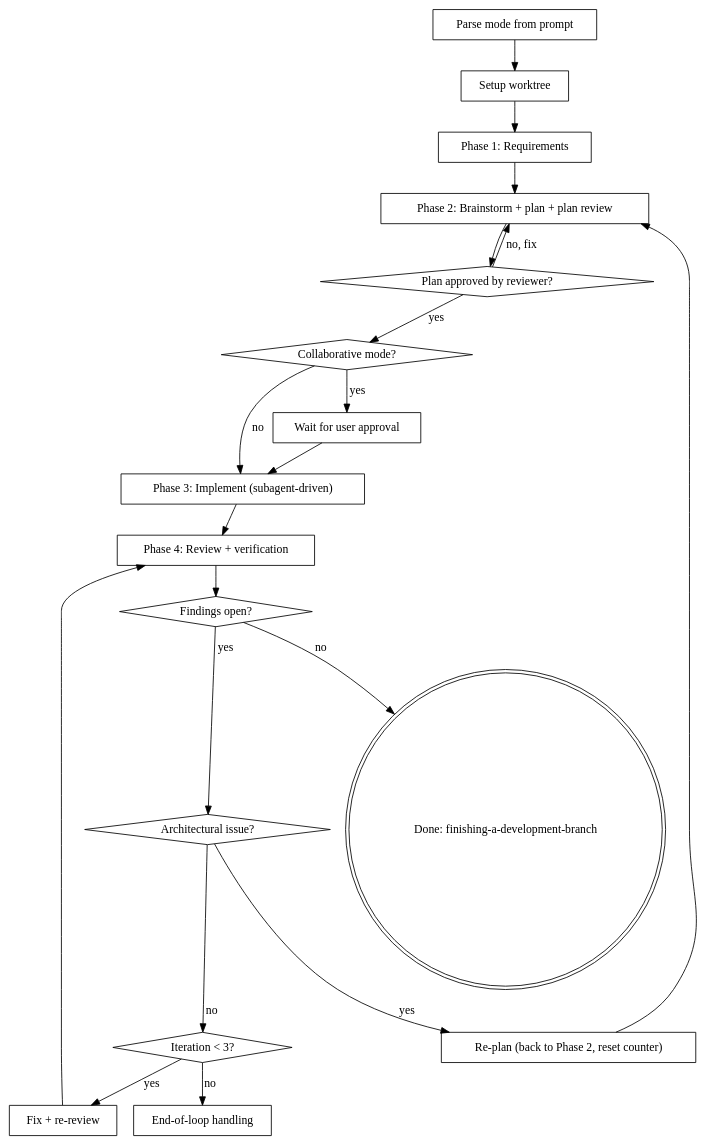
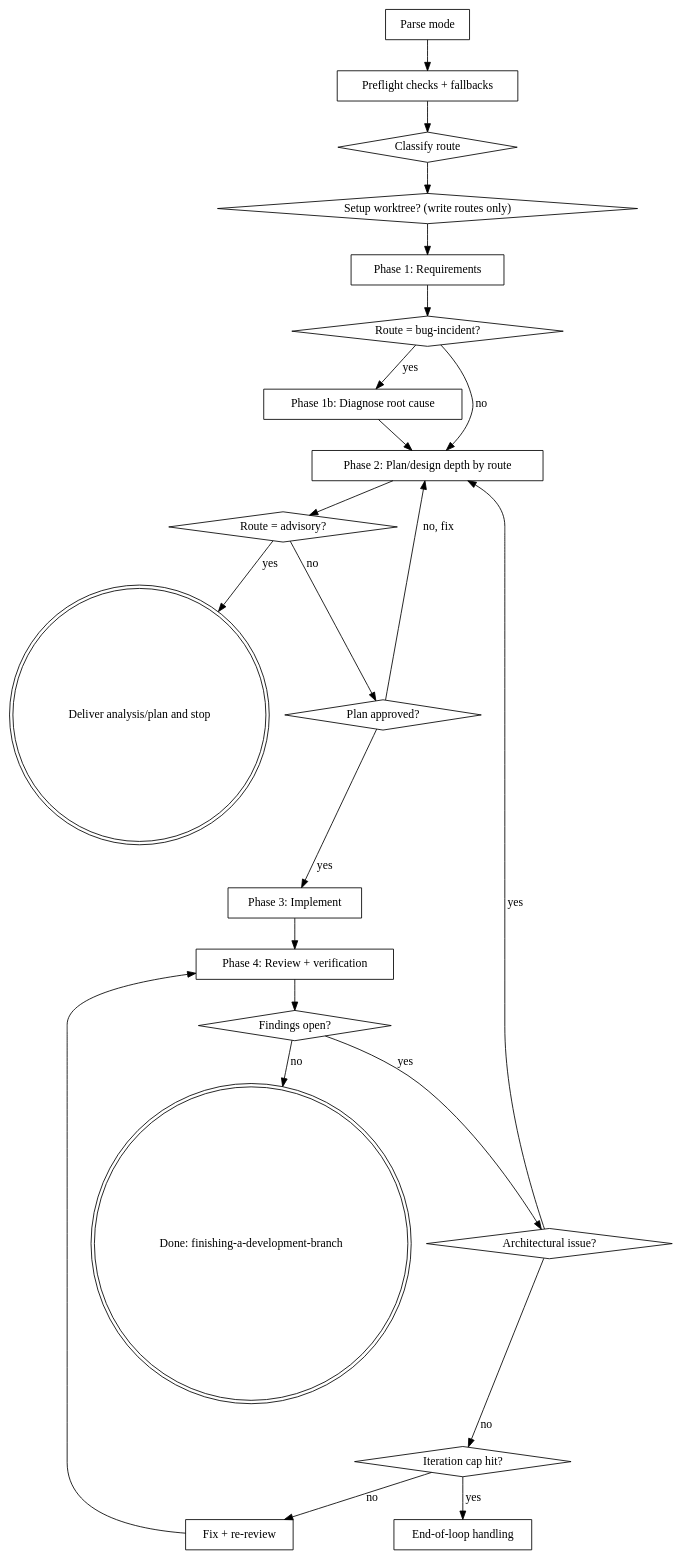
One commit to amverni/phaze-compan10n changed the diagram in .github/skills/coding-team/SKILL.md. Above: the diagram before and after it, drawn with Graphviz. The commit also changed other lines of this file and 2 other files, not shown here.

````diff
--- a/.github/skills/coding-team/SKILL.md
+++ b/.github/skills/coding-team/SKILL.md
@@ -53,41 +133,47 @@
 ```dot
 digraph coding_team {
     rankdir=TB;
-    "Parse mode from prompt" [shape=box];
-    "Setup worktree" [shape=box];
+    "Parse mode" [shape=box];
+    "Preflight checks + fallbacks" [shape=box];
+    "Classify route" [shape=diamond];
+    "Setup worktree? (write routes only)" [shape=diamond];
     "Phase 1: Requirements" [shape=box];
-    "Phase 2: Brainstorm + plan + plan review" [shape=box];
-    "Plan approved by reviewer?" [shape=diamond];
-    "Collaborative mode?" [shape=diamond];
-    "Wait for user approval" [shape=box];
-    "Phase 3: Implement (subagent-driven)" [shape=box];
+    "Route = bug-incident?" [shape=diamond];
+    "Phase 1b: Diagnose root cause" [shape=box];
+    "Phase 2: Plan/design depth by route" [shape=box];
+    "Route = advisory?" [shape=diamond];
+    "Deliver analysis/plan and stop" [shape=doublecircle];
+    "Plan approved?" [shape=diamond];
+    "Phase 3: Implement" [shape=box];
     "Phase 4: Review + verification" [shape=box];
     "Findings open?" [shape=diamond];
     "Architectural issue?" [shape=diamond];
-    "Iteration < 3?" [shape=diamond];
+    "Iteration cap hit?" [shape=diamond];
     "Fix + re-review" [shape=box];
     "End-of-loop handling" [shape=box];
-    "Re-plan (back to Phase 2, reset counter)" [shape=box];
     "Done: finishing-a-development-branch" [shape=doublecircle];
 
-    "Parse mode from prompt" -> "Setup worktree";
-    "Setup worktree" -> "Phase 1: Requirements";
-    "Phase 1: Requirements" -> "Phase 2: Brainstorm + plan + plan review";
-    "Phase 2: Brainstorm + plan + plan review" -> "Plan approved by reviewer?";
-    "Plan approved by reviewer?" -> "Phase 2: Brainstorm + plan + plan review" [label="no, fix"];
-    "Plan approved by reviewer?" -> "Collaborative mode?" [label="yes"];
-    "Collaborative mode?" -> "Wait for user approval" [label="yes"];
-    "Wait for user approval" -> "Phase 3: Implement (subagent-driven)";
-    "Collaborative mode?" -> "Phase 3: Implement (subagent-driven)" [label="no"];
-    "Phase 3: Implement (subagent-driven)" -> "Phase 4: Review + verification";
+    "Parse mode" -> "Preflight checks + fallbacks";
+    "Preflight checks + fallbacks" -> "Classify route";
+    "Classify route" -> "Setup worktree? (write routes only)";
+    "Setup worktree? (write routes only)" -> "Phase 1: Requirements";
+    "Phase 1: Requirements" -> "Route = bug-incident?";
+    "Route = bug-incident?" -> "Phase 1b: Diagnose root cause" [label="yes"];
+    "Route = bug-incident?" -> "Phase 2: Plan/design depth by route" [label="no"];
+    "Phase 1b: Diagnose root cause" -> "Phase 2: Plan/design depth by route";
+    "Phase 2: Plan/design depth by route" -> "Route = advisory?";
+    "Route = advisory?" -> "Deliver analysis/plan and stop" [label="yes"];
+    "Route = advisory?" -> "Plan approved?" [label="no"];
+    "Plan approved?" -> "Phase 2: Plan/design depth by route" [label="no, fix"];
+    "Plan approved?" -> "Phase 3: Implement" [label="yes"];
+    "Phase 3: Implement" -> "Phase 4: Review + verification";
     "Phase 4: Review + verification" -> "Findings open?";
     "Findings open?" -> "Done: finishing-a-development-branch" [label="no"];
     "Findings open?" -> "Architectural issue?" [label="yes"];
-    "Architectural issue?" -> "Re-plan (back to Phase 2, reset counter)" [label="yes"];
-    "Re-plan (back to Phase 2, reset counter)" -> "Phase 2: Brainstorm + plan + plan review";
-    "Architectural issue?" -> "Iteration < 3?" [label="no"];
-    "Iteration < 3?" -> "Fix + re-review" [label="yes"];
+    "Architectural issue?" -> "Phase 2: Plan/design depth by route" [label="yes"];
+    "Architectural issue?" -> "Iteration cap hit?" [label="no"];
+    "Iteration cap hit?" -> "Fix + re-review" [label="no"];
     "Fix + re-review" -> "Phase 4: Review + verification";
-    "Iteration < 3?" -> "End-of-loop handling" [label="no"];
+    "Iteration cap hit?" -> "End-of-loop handling" [label="yes"];
 }
 ```
````
